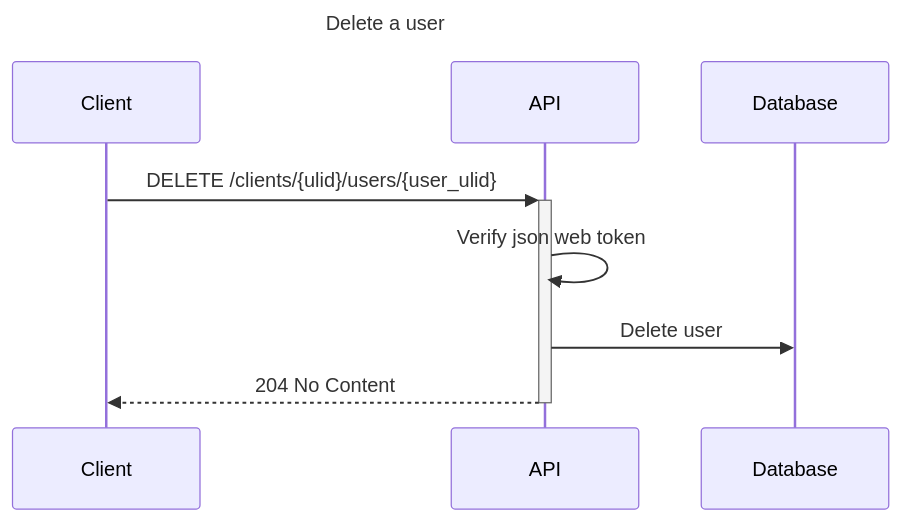
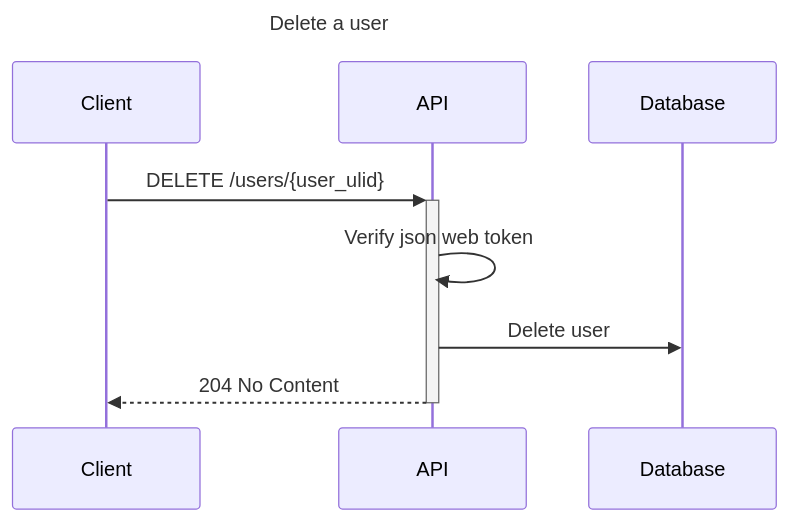
One commit to acecconato/AnthonyCecconato_7_12052023 changed the diagram in docs/sequence/remove_user.md. Above: the diagram before and after it, drawn with Mermaid. The commit also changed 3 other files, not shown here.

````diff
--- a/docs/sequence/remove_user.md
+++ b/docs/sequence/remove_user.md
@@ -1,12 +1,12 @@
 ```mermaid
 sequenceDiagram
 title Delete a user
 
-Client->>+API: DELETE /clients/{ulid}/users/{user_ulid}
+Client->>+API: DELETE /users/{user_ulid}
 
 API->>API: Verify json web token
 
 API->>Database: Delete user
 
 API-->>-Client: 204 No Content
 ```
````
